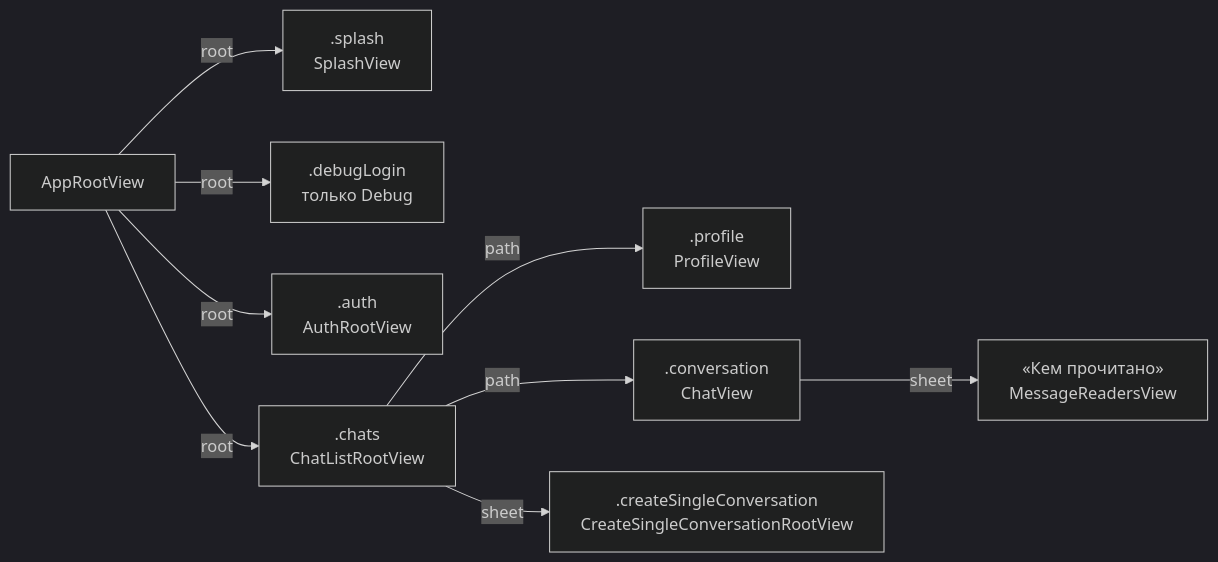
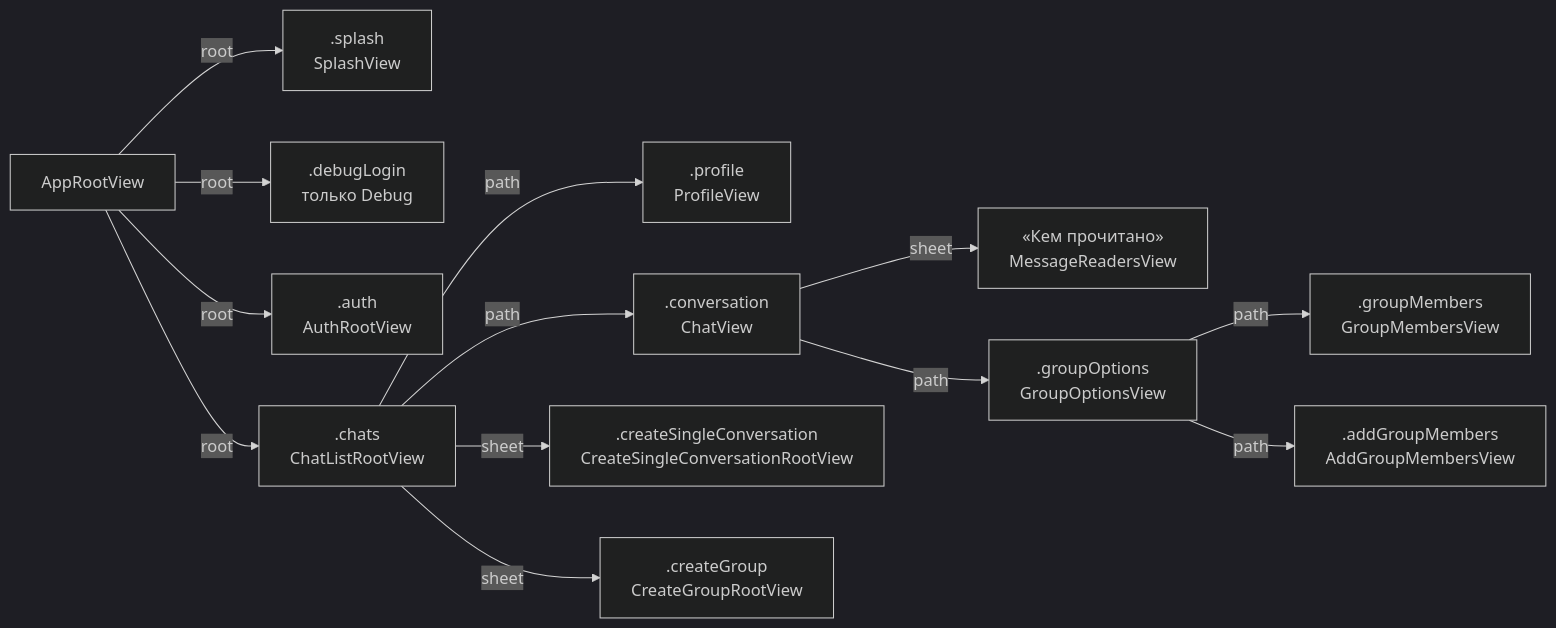
One commit to inter-proger/chatik-ios changed the second of 2 diagrams in docs/app-architecture.md. Above: the diagram before and after it, drawn with Mermaid (dark theme). The commit also changed 159 other files, not shown here.

````diff
--- a/docs/app-architecture.md
+++ b/docs/app-architecture.md
@@ -67,11 +67,15 @@
 ```mermaid
 flowchart LR
     AppRootView -->|root| Splash[".splash<br/>SplashView"]
     AppRootView -->|root| DebugLogin[".debugLogin<br/>только Debug"]
     AppRootView -->|root| Auth[".auth<br/>AuthRootView"]
     AppRootView -->|root| Chats[".chats<br/>ChatListRootView"]
     Chats -->|path| Profile[".profile<br/>ProfileView"]
     Chats -->|path| Chat[".conversation<br/>ChatView"]
     Chats -->|sheet| Create[".createSingleConversation<br/>CreateSingleConversationRootView"]
+    Chats -->|sheet| CreateGroup[".createGroup<br/>CreateGroupRootView"]
     Chat -->|sheet| Readers["«Кем прочитано»<br/>MessageReadersView"]
+    Chat -->|path| Options[".groupOptions<br/>GroupOptionsView"]
+    Options -->|path| Members[".groupMembers<br/>GroupMembersView"]
+    Options -->|path| Add[".addGroupMembers<br/>AddGroupMembersView"]
 ```
````
